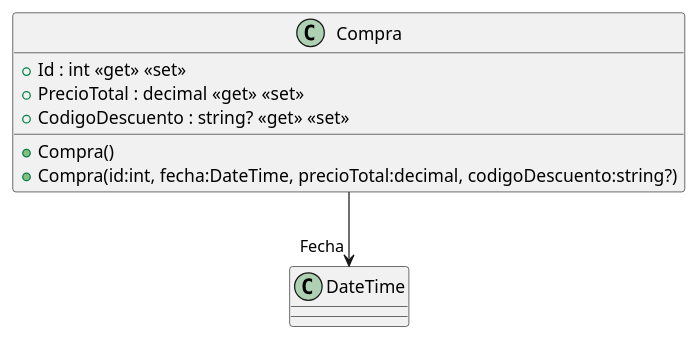
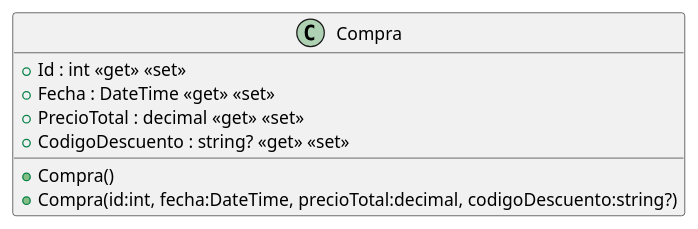
The diagram in src/AppForSEII.API/ClassDiagram/Compra.puml (ISII2627DDNProject/ISII2627DDNProject), drawn with PlantUML before and after one commit. The commit also changed 11 other files, not shown here.

Commit message:
Creación del diagramde de clases del CU2: Reponer libros

```diff
--- a/src/AppForSEII.API/ClassDiagram/Compra.puml
+++ b/src/AppForSEII.API/ClassDiagram/Compra.puml
@@ -1,10 +1,10 @@
 @startuml
 class Compra {
     + Compra()
     + Compra(id:int, fecha:DateTime, precioTotal:decimal, codigoDescuento:string?)
     + Id : int <<get>> <<set>>
+    + Fecha : DateTime <<get>> <<set>>
     + PrecioTotal : decimal <<get>> <<set>>
     + CodigoDescuento : string? <<get>> <<set>>
 }
-Compra --> "Fecha" DateTime
 @enduml
```
